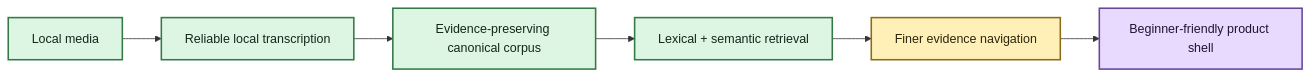
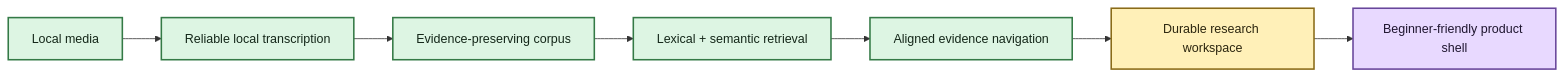
The diagram in ROADMAP.md (SSD1805/EchoFlow), drawn with Mermaid before and after one commit. The commit also changed other lines of this file, not shown here.

Commit message:
Consolidate roadmap around research workspace frontier

````diff
--- a/ROADMAP.md
+++ b/ROADMAP.md
@@ -21,16 +15,17 @@
 ```mermaid
 flowchart LR
     A[Local media] --> B[Reliable local transcription]
-    B --> C[Evidence-preserving canonical corpus]
+    B --> C[Evidence-preserving corpus]
     C --> D[Lexical + semantic retrieval]
-    D --> E[Finer evidence navigation]
-    E --> F[Beginner-friendly product shell]
+    D --> E[Aligned evidence navigation]
+    E --> F[Durable research workspace]
+    F --> G[Beginner-friendly product shell]
 
     classDef done fill:#DDF5E3,stroke:#347A46,stroke-width:2px,color:#142719
     classDef now fill:#FFF0B8,stroke:#8A6B18,stroke-width:2px,color:#2C260F
     classDef next fill:#E8D9FF,stroke:#68469B,stroke-width:2px,color:#1F1630
 
-    class A,B,C,D done
-    class E now
-    class F next
+    class A,B,C,D,E done
+    class F now
+    class G next
 ```
````
